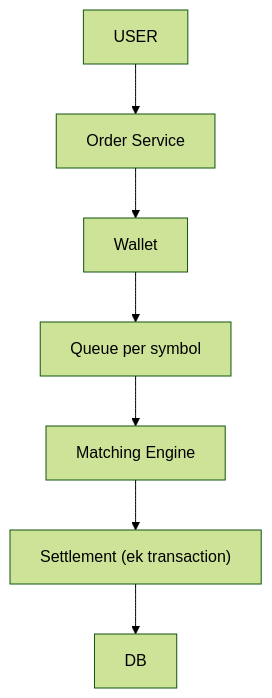
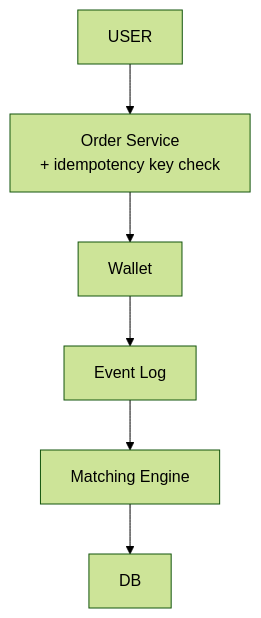
The sixth of 10 diagrams in 04_HLD/SYSTEM_DESIGNS/05_stock_broker_trading/05_stock_broker_trading.md (ArpanMaheshwari144/Prep), drawn with Mermaid (forest theme) before and after one commit. The commit also changed other lines of this file, not shown here.

Commit message:
stock: one-day story in first person, cues, kahani index, progressive diagrams

````diff
--- a/04_HLD/SYSTEM_DESIGNS/05_stock_broker_trading/05_stock_broker_trading.md
+++ b/04_HLD/SYSTEM_DESIGNS/05_stock_broker_trading/05_stock_broker_trading.md
@@ -212,16 +312,14 @@
 ```mermaid
 flowchart TD
     n_USER["USER"]
-    n_Order_Service["Order Service"]
+    n_Order_Service["Order Service<br/>+ idempotency key check"]
     n_Wallet["Wallet"]
-    n_Queue_per_symbol["Queue per symbol"]
+    n_Event_Log["Event Log"]
     n_Matching_Engine["Matching Engine"]
-    n_Settlement["Settlement (ek transaction)"]
     n_DB["DB"]
     n_USER --> n_Order_Service
     n_Order_Service --> n_Wallet
-    n_Wallet --> n_Queue_per_symbol
-    n_Queue_per_symbol --> n_Matching_Engine
-    n_Matching_Engine --> n_Settlement
-    n_Settlement --> n_DB
+    n_Wallet --> n_Event_Log
+    n_Event_Log --> n_Matching_Engine
+    n_Matching_Engine --> n_DB
 ```
````
